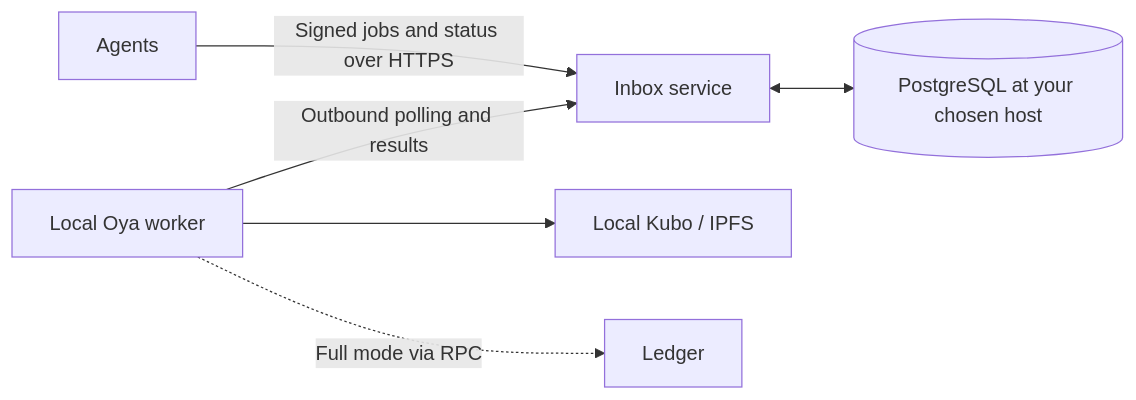
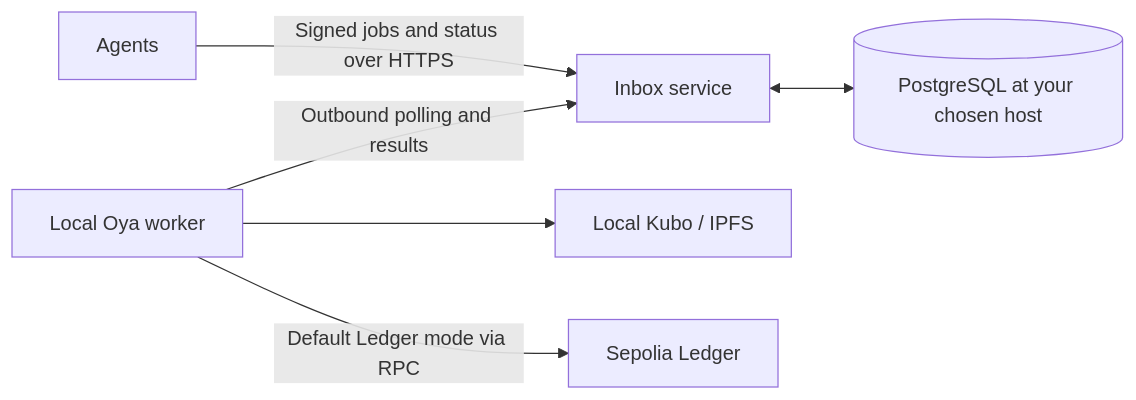
One commit to oyaprotocol/oya-commitments changed the diagram in node/production/README.md. Above: the diagram before and after it, drawn with Mermaid. The commit also changed other lines of this file and 32 other files, not shown here.

First line of the commit message:
Default new nodes to the verified Sepolia Ledger (#139)

````diff
--- a/node/production/README.md
+++ b/node/production/README.md
@@ -23,8 +58,8 @@
 ```mermaid
 flowchart LR
     A[Agents] -->|Signed jobs and status over HTTPS| I[Inbox service]
     I <--> P[(PostgreSQL at your chosen host)]
     N[Local Oya worker] -->|Outbound polling and results| I
     N --> K[Local Kubo / IPFS]
-    N -. Full mode via RPC .-> L[Ledger]
+    N -->|Default Ledger mode via RPC| L[Sepolia Ledger]
 ```
````
